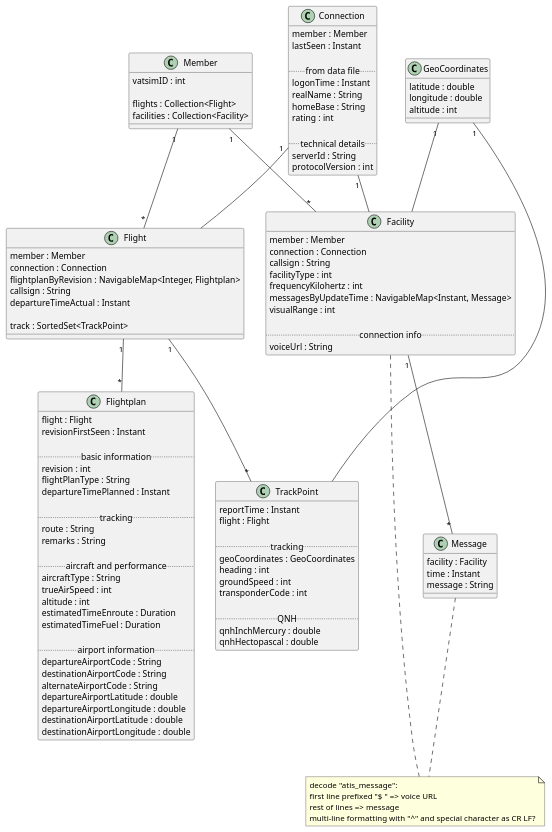
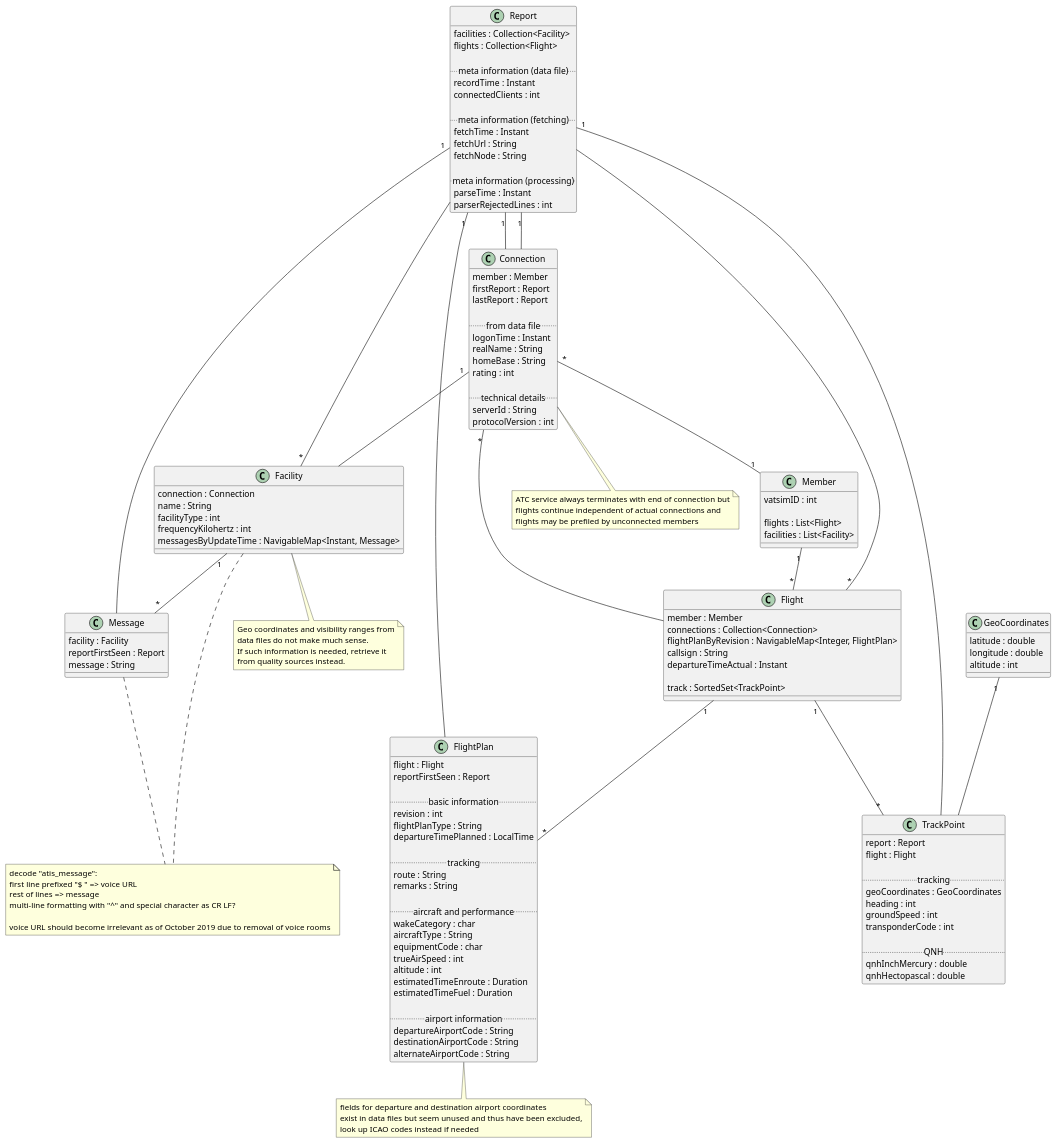
Before and after one commit to vatplanner/dataformats-vatsim-public: the diagram in docs/clients.plantuml, drawn with PlantUML.

Commit message:
updating planned entities

```diff
--- a/docs/clients.plantuml
+++ b/docs/clients.plantuml
@@ -1,136 +1,182 @@
 @startuml
 
-Connection "1" -- Flight
+Connection "*" -- Flight
 Connection "1" -- Facility
+Connection "*" -- "1" Member
 
 Member "1" -- "*" Flight
-Member "1" -- "*" Facility
 
-Flight "1" -- "*" Flightplan
+Flight "1" -- "*" FlightPlan
 Flight "1" -- "*" TrackPoint
 
 Facility "1" -- "*" Message
 
 GeoCoordinates "1" -- TrackPoint
-GeoCoordinates "1" -- Facility
+
+Report -- "*" Facility
+Report -- "*" Flight
+Report "1" -- FlightPlan
+Report "1" -- TrackPoint
+Report "1" -- Message
+Report "1" -- Connection
+Report "1" -- Connection
 
 class Member {
       vatsimID : int
       
-      flights : Collection<Flight>
-      facilities : Collection<Facility>
+      flights : List<Flight>
+      facilities : List<Facility>
 }
 
 class Connection {
       member : Member
-      lastSeen : Instant
+      firstReport : Report
+      lastReport : Report
 
       .. from data file ..
       logonTime : Instant
       realName : String
       homeBase : String
       rating : int
 
       .. technical details ..
       serverId : String
       protocolVersion : int
 }
 
+note as Note_connections
+     ATC service always terminates with end of connection but
+     flights continue independent of actual connections and
+     flights may be prefiled by unconnected members
+end note
+
+Connection .. Note_connections
+
 note as Note_atis_message
      decode "atis_message":
      first line prefixed "$ " => voice URL
      rest of lines => message
      multi-line formatting with "^" and special character as CR LF?
+     
+     voice URL should become irrelevant as of October 2019 due to removal of voice rooms
 end note
 
 Facility .. Note_atis_message
 Message .. Note_atis_message
 
 class Facility {
-      member : Member
       connection : Connection
-      callsign : String
+      name : String
       facilityType : int
       frequencyKilohertz : int
       messagesByUpdateTime : NavigableMap<Instant, Message>
-      visualRange : int
+}
 
-      .. connection info ..
-      voiceUrl : String
-}
+note as Note_facility
+     Geo coordinates and visibility ranges from
+     data files do not make much sense.
+     If such information is needed, retrieve it
+     from quality sources instead.
+end note
+
+Facility .. Note_facility
 
 class Message {
       facility : Facility
-      time : Instant
+      reportFirstSeen : Report
       message : String
 }
 
 class Flight {
       member : Member
-      connection : Connection
-      flightplanByRevision : NavigableMap<Integer, Flightplan>
+      connections : Collection<Connection>
+      flightPlanByRevision : NavigableMap<Integer, FlightPlan>
       callsign : String
       departureTimeActual : Instant
 
       track : SortedSet<TrackPoint>
 }
 
 class GeoCoordinates {
       latitude : double
       longitude : double
       altitude : int          
 }
 
 class TrackPoint {
-      reportTime : Instant
+      report : Report
       flight : Flight
       
       .. tracking ..
       geoCoordinates : GeoCoordinates
       heading : int
       groundSpeed : int
       transponderCode : int
 
       .. QNH ..
       qnhInchMercury : double
       qnhHectopascal : double
 }
 
-class Flightplan {
+class FlightPlan {
       flight : Flight
-      revisionFirstSeen : Instant
+      reportFirstSeen : Report
 
       .. basic information ..
       revision : int
       flightPlanType : String
-      departureTimePlanned : Instant
+      departureTimePlanned : LocalTime
 
       .. tracking ..
       route : String
       remarks : String
       
       .. aircraft and performance ..
+      wakeCategory : char
       aircraftType : String
+      equipmentCode : char
       trueAirSpeed : int
       altitude : int
       estimatedTimeEnroute : Duration
       estimatedTimeFuel : Duration
 
       .. airport information ..
       departureAirportCode : String
       destinationAirportCode : String
       alternateAirportCode : String
-      departureAirportLatitude : double
-      departureAirportLongitude : double
-      destinationAirportLatitude : double
-      destinationAirportLongitude : double
+}
+
+note as Note_flightplan
+     fields for departure and destination airport coordinates
+     exist in data files but seem unused and thus have been excluded,
+     look up ICAO codes instead if needed
+end note
+
+FlightPlan .. Note_flightplan
+
+class Report {
+      facilities : Collection<Facility>
+      flights : Collection<Flight>
+
+      .. meta information (data file) ..
+      recordTime : Instant
+      connectedClients : int
+
+      .. meta information (fetching) ..
+      fetchTime : Instant
+      fetchUrl : String
+      fetchNode : String
+
+      .. meta information (processing) ..
+      parseTime : Instant
+      parserRejectedLines : int
 }
 
 /'
 skinparam Arrow {
           Color #white
           FontColor #white
 }
 '/
 
 @enduml
```
